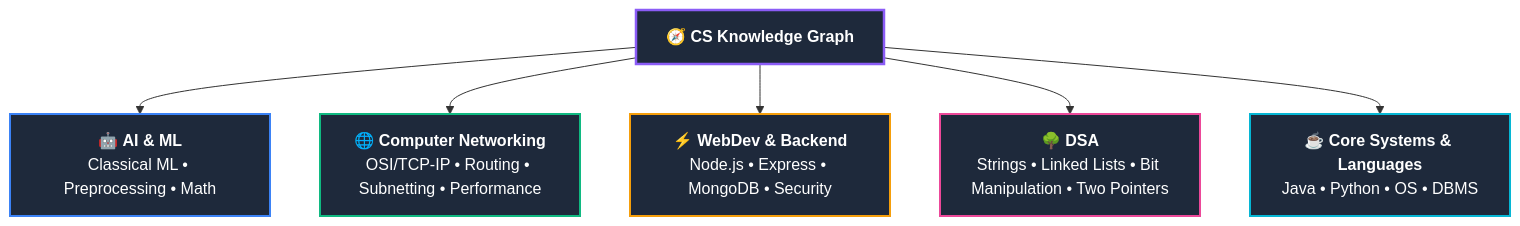
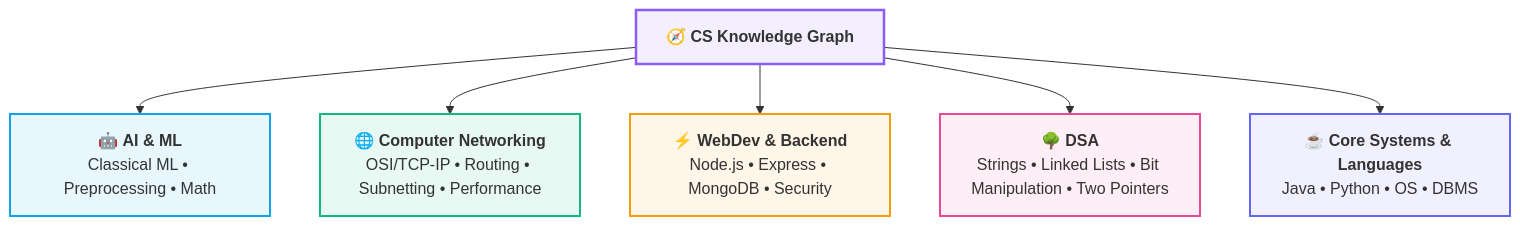
One commit to abhinavbharti2345/CS_Notes changed the diagram in Dashboard.md. Above: the diagram before and after it, drawn with Mermaid. The commit also changed 47 other files, not shown here.

Commit message:
docs: add computer science study notes and generate graphify visualization output

````diff
--- a/Dashboard.md
+++ b/Dashboard.md
@@ -10,24 +10,24 @@
 ```mermaid
 flowchart TD
     Vault["🧭 <b>CS Knowledge Graph</b>"]
     
     Vault --> AIML["🤖 <b>AI & ML</b><br/>Classical ML • Preprocessing • Math"]
     Vault --> NET["🌐 <b>Computer Networking</b><br/>OSI/TCP-IP • Routing • Subnetting • Performance"]
     Vault --> BACK["⚡ <b>WebDev & Backend</b><br/>Node.js • Express • MongoDB • Security"]
     Vault --> DSA["🌳 <b>DSA</b><br/>Strings • Linked Lists • Bit Manipulation • Two Pointers"]
     Vault --> CORE["☕ <b>Core Systems & Languages</b><br/>Java • Python • OS • DBMS"]
 
-    classDef root fill:#1e293b,stroke:#8b5cf6,stroke-width:2.5px,color:#fff;
-    classDef aiml fill:#1e293b,stroke:#3b82f6,stroke-width:2px,color:#fff;
-    classDef net fill:#1e293b,stroke:#10b981,stroke-width:2px,color:#fff;
-    classDef back fill:#1e293b,stroke:#f59e0b,stroke-width:2px,color:#fff;
-    classDef dsa fill:#1e293b,stroke:#ec4899,stroke-width:2px,color:#fff;
-    classDef core fill:#1e293b,stroke:#06b6d4,stroke-width:2px,color:#fff;
+    classDef root fill:#8b5cf618,stroke:#8b5cf6,stroke-width:2.5px;
+    classDef aiml fill:#0ea5e918,stroke:#0ea5e9,stroke-width:2px;
+    classDef net fill:#10b98118,stroke:#10b981,stroke-width:2px;
+    classDef back fill:#f59e0b18,stroke:#f59e0b,stroke-width:2px;
+    classDef dsa fill:#ec489918,stroke:#ec4899,stroke-width:2px;
+    classDef core fill:#6366f118,stroke:#6366f1,stroke-width:2px;
     
     class Vault root;
     class AIML aiml;
     class NET net;
     class BACK back;
     class DSA dsa;
     class CORE core;
 ```
````
